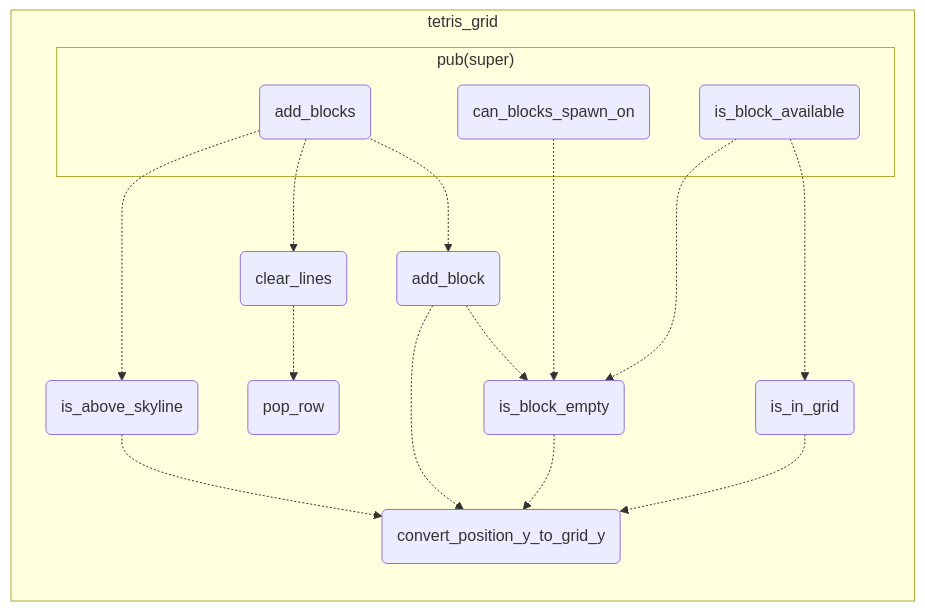
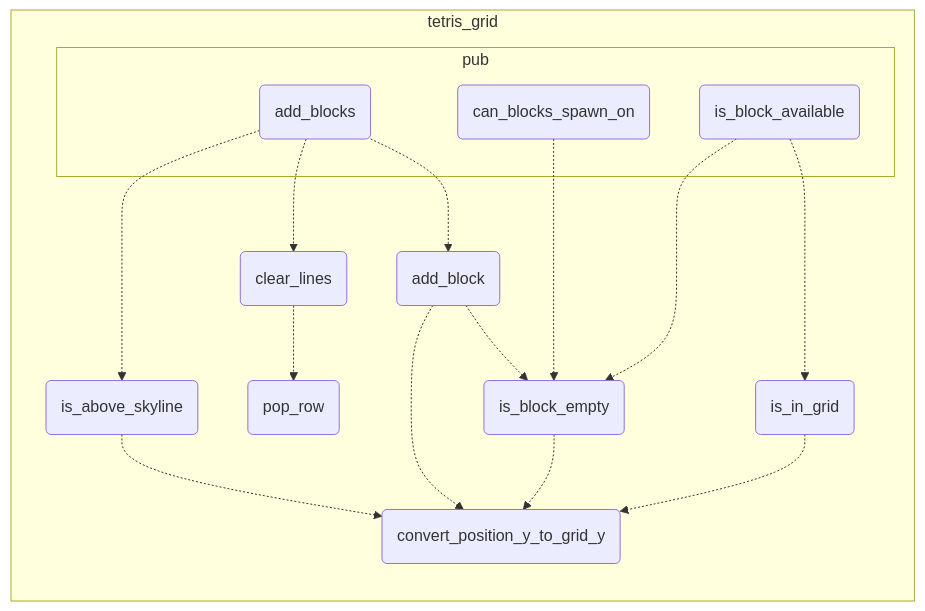
One commit to inesvar/tetris changed the diagram in tetris_core/src/tetris_grid_internals.mmd. Above: the diagram before and after it, drawn with Mermaid. The commit also changed 32 other files, not shown here.

```diff
--- a/tetris_core/src/tetris_grid_internals.mmd
+++ b/tetris_core/src/tetris_grid_internals.mmd
@@ -1,39 +1,39 @@
 graph LR
     %% tetris grid
     clear_lines(clear_lines)
     pop_row(pop_row)
     is_above_skyline(is_above_skyline)
     add_block(add_block)
 
     is_block_empty(is_block_empty)
     convert_position_y_to_grid_y(convert_position_y_to_grid_y)
 
     is_in_grid(is_in_grid)
 
     add_blocks(add_blocks)
     can_blocks_spawn_on(can_blocks_spawn_on)
     is_block_available(is_block_available)
 
     subgraph tetris_grid
-        subgraph "pub(super)"
+        subgraph "pub"
             add_blocks
             can_blocks_spawn_on
             is_block_available
         end
         add_blocks -.-> is_above_skyline
         add_blocks -.-> clear_lines
         add_blocks -.-> add_block
     
         is_above_skyline -.-> convert_position_y_to_grid_y
         clear_lines -.-> pop_row
         add_block -.-> is_block_empty
         add_block -.-> convert_position_y_to_grid_y
     
         is_block_empty -.-> convert_position_y_to_grid_y
 
         is_in_grid -.-> convert_position_y_to_grid_y
 
         can_blocks_spawn_on -.-> is_block_empty
         is_block_available -.-> is_in_grid
         is_block_available -.-> is_block_empty
     end
```
